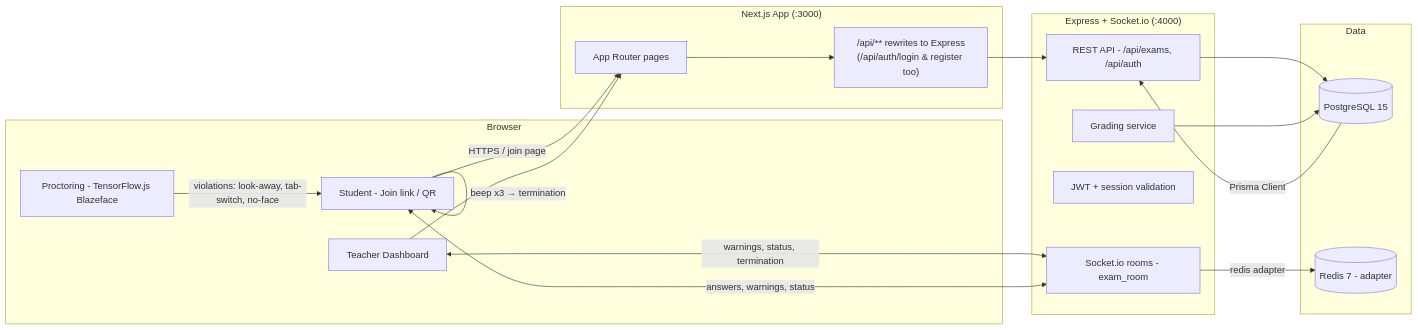
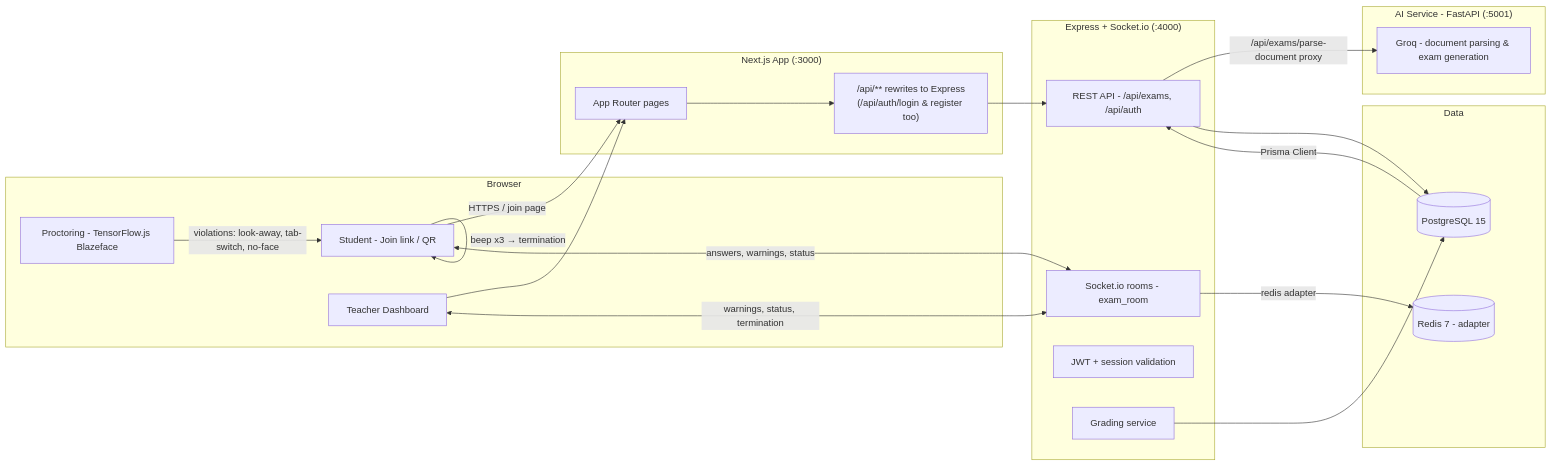
The diagram in README.md (siddhpararudra2-debug/EXAMORA_), drawn with Mermaid before and after one commit. The commit also changed other lines of this file and 15 other files, not shown here.

Commit message:
feat: mobile back guard, screen-record detection, wire up AI document parser

````diff
--- a/README.md
+++ b/README.md
@@ -67,37 +71,42 @@
 ```mermaid
 flowchart LR
     subgraph Browser
         S[Student - Join link / QR]
         T[Teacher Dashboard]
         P[Proctoring - TensorFlow.js Blazeface]
     end
 
     subgraph "Next.js App (:3000)"
         APP[App Router pages]
         REW["/api/** rewrites to Express<br/>(/api/auth/login &amp; register too)"]
     end
 
     subgraph "Express + Socket.io (:4000)"
         API[REST API - /api/exams, /api/auth]
         IO[Socket.io rooms - exam_room]
         AUTH[JWT + session validation]
         GRADE[Grading service]
     end
 
+    subgraph "AI Service - FastAPI (:5001)"
+        PARSER[Groq - document parsing & exam generation]
+    end
+
     subgraph Data
         DB[(PostgreSQL 15)]
         CACHE[(Redis 7 - adapter)]
     end
 
     S -->|HTTPS / join page| APP
     T --> APP
     P -->|violations: look-away, tab-switch, no-face| S
     S -->|beep x3 → termination| S
     APP --> REW --> API
+    API -->|/api/exams/parse-document proxy| PARSER
     T <-->|warnings, status, termination| IO
     S <-->|answers, warnings, status| IO
     IO -->|redis adapter| CACHE
     API --> DB
     GRADE --> DB
     DB -->|Prisma Client| API
 ```
````
